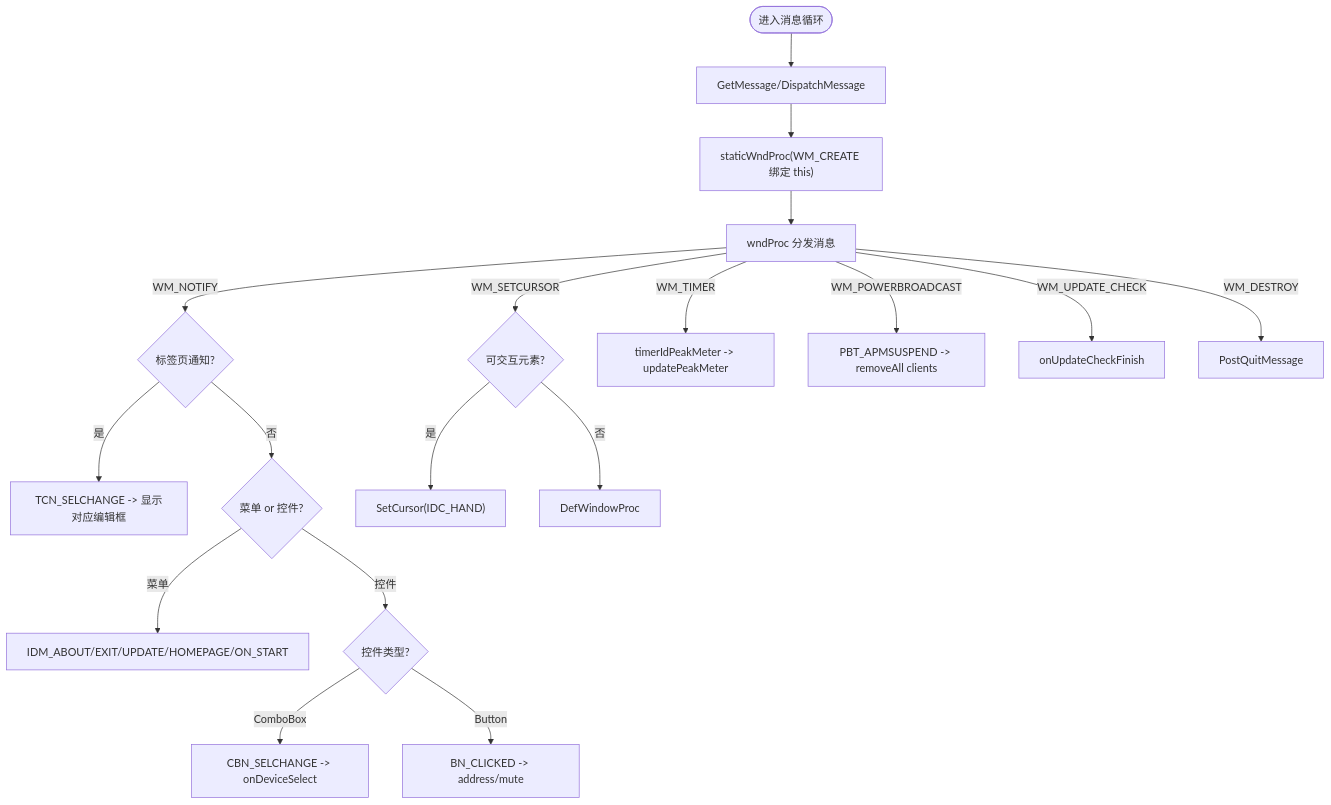
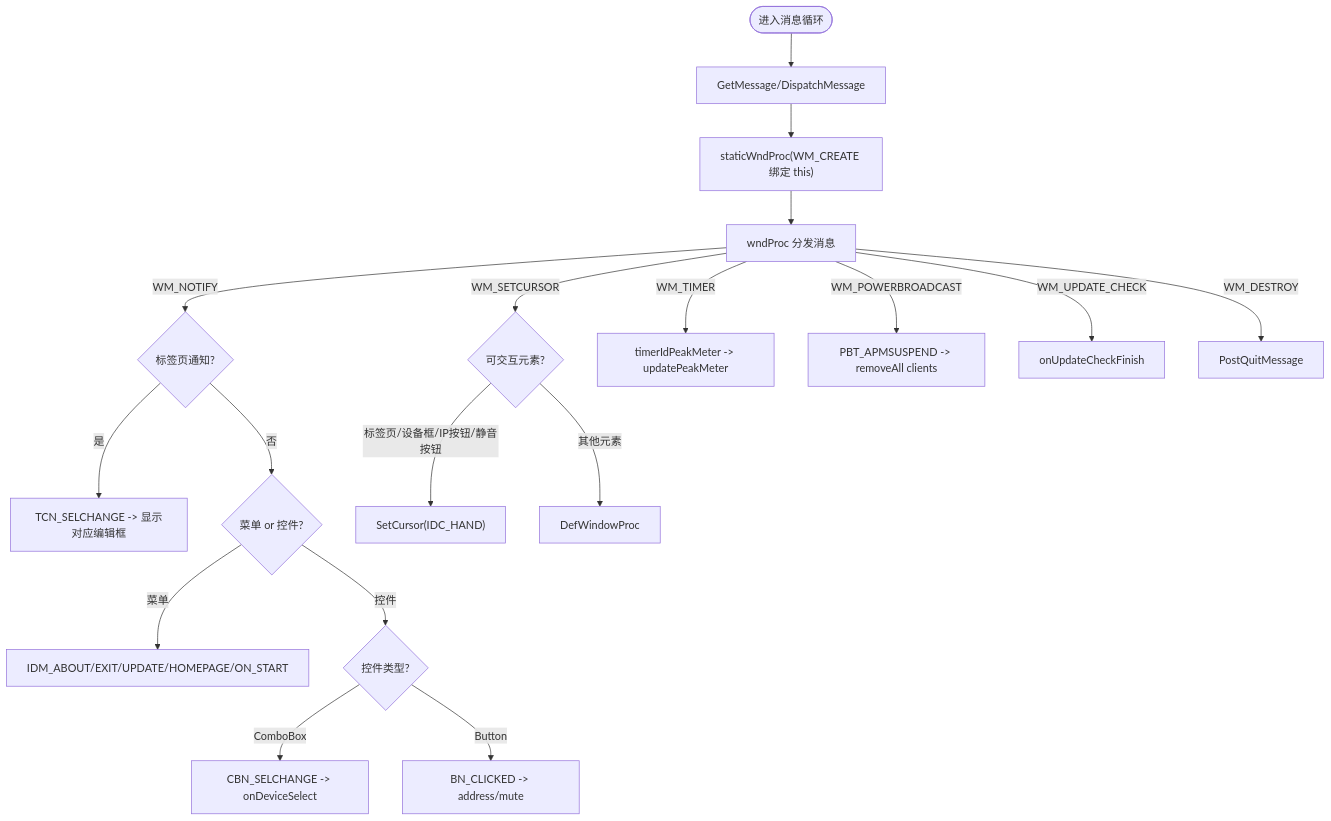
The third of 12 diagrams in .qoder/repowiki/zh/content/用户界面.md (tea4go/SoundRemote-WinServer), drawn with Mermaid before and after one commit. The commit also changed other lines of this file and 2 other files, not shown here.

````diff
--- a/.qoder/repowiki/zh/content/用户界面.md
+++ b/.qoder/repowiki/zh/content/用户界面.md
@@ -175,20 +174,20 @@
 ```mermaid
 flowchart TD
 Start(["进入消息循环"]) --> GetMsg["GetMessage/DispatchMessage"]
 GetMsg --> StaticProc["staticWndProc(WM_CREATE 绑定 this)"]
 StaticProc --> WndProc["wndProc 分发消息"]
 WndProc --> |WM_NOTIFY| TabNotify{"标签页通知?"}
 TabNotify --> |是| TabChange["TCN_SELCHANGE -> 显示对应编辑框"]
 TabNotify --> |否| CmdSwitch{"菜单 or 控件?"}
 CmdSwitch --> |菜单| MenuCase["IDM_ABOUT/EXIT/UPDATE/HOMEPAGE/ON_START"]
 CmdSwitch --> |控件| CtrlCase{"控件类型?"}
 CtrlCase --> |ComboBox| SelChange["CBN_SELCHANGE -> onDeviceSelect"]
 CtrlCase --> |Button| BtnClick["BN_CLICKED -> address/mute"]
 WndProc --> |WM_SETCURSOR| CursorCheck{"可交互元素?"}
-CursorCheck --> |是| SetHand["SetCursor(IDC_HAND)"]
-CursorCheck --> |否| DefaultProc["DefWindowProc"]
+CursorCheck --> |标签页/设备框/IP按钮/静音按钮| SetHand["SetCursor(IDC_HAND)"]
+CursorCheck --> |其他元素| DefaultProc["DefWindowProc"]
 WndProc --> |WM_TIMER| TimerTick["timerIdPeakMeter -> updatePeakMeter"]
 WndProc --> |WM_POWERBROADCAST| PowerEvt["PBT_APMSUSPEND -> removeAll clients"]
 WndProc --> |WM_UPDATE_CHECK| UpdateCb["onUpdateCheckFinish"]
 WndProc --> |WM_DESTROY| Quit["PostQuitMessage"]
 ```
````
